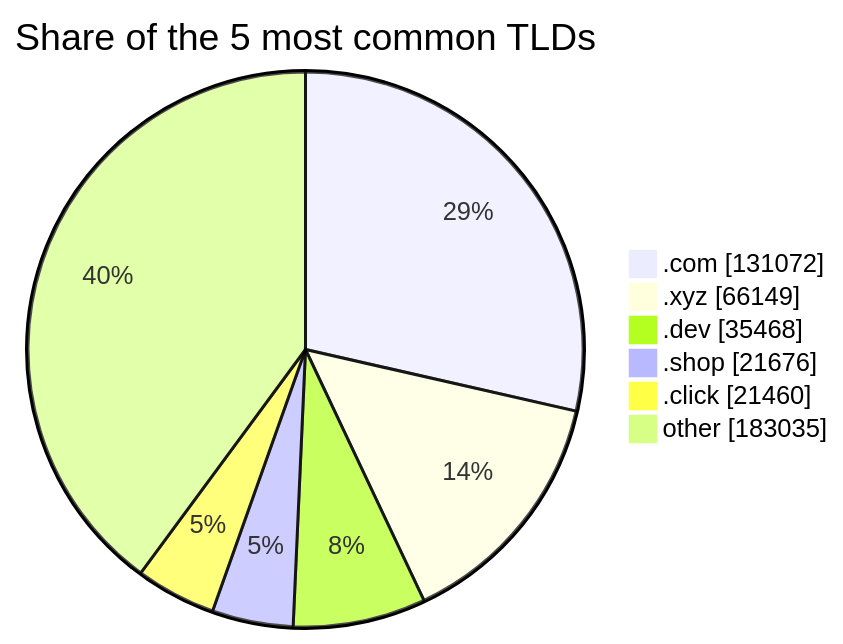
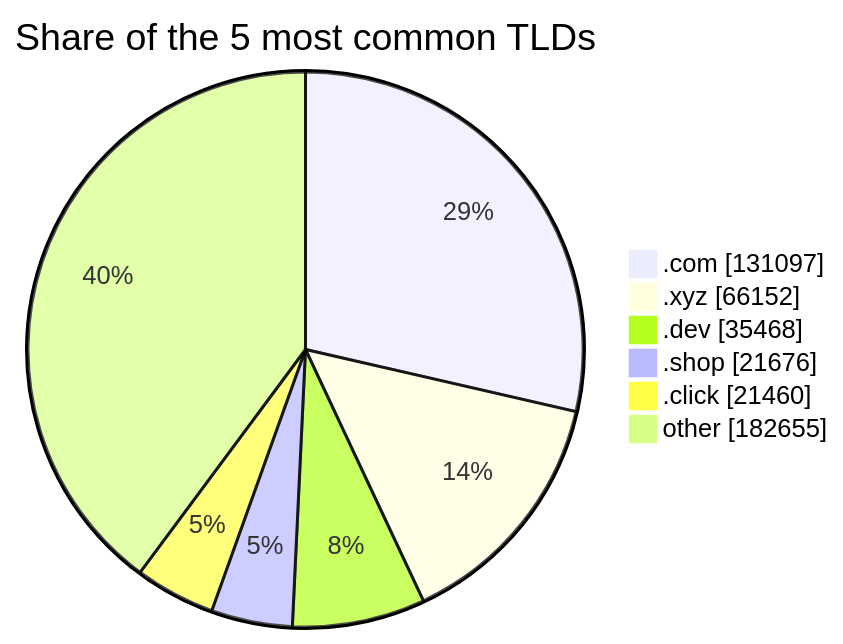
One commit to DNSBunker/CTI changed the third of 3 diagrams in README.md. Above: the diagram before and after it, drawn with Mermaid. The commit also changed other lines of this file and 3 other files, not shown here.

````diff
--- a/README.md
+++ b/README.md
@@ -81,9 +81,9 @@
 ```mermaid
 pie showData title Share of the 5 most common TLDs
-    ".com" : 131072
-    ".xyz" : 66149
+    ".com" : 131097
+    ".xyz" : 66152
     ".dev" : 35468
     ".shop" : 21676
     ".click" : 21460
-    "other" : 183035
+    "other" : 182655
 ```
````
